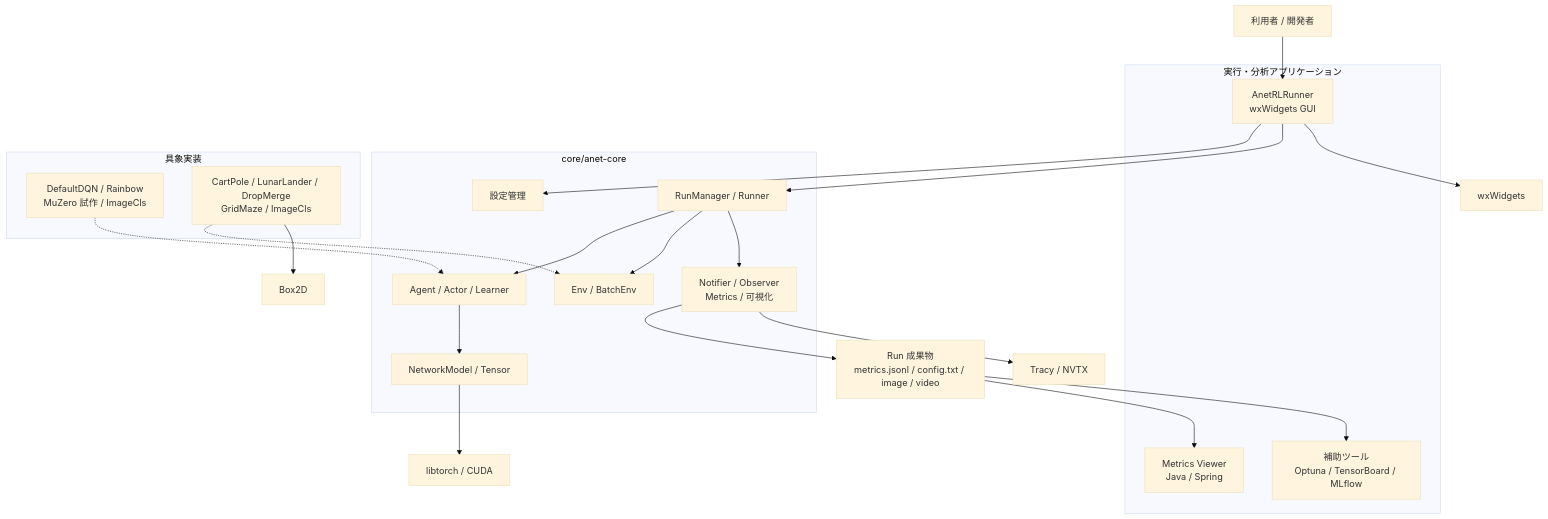
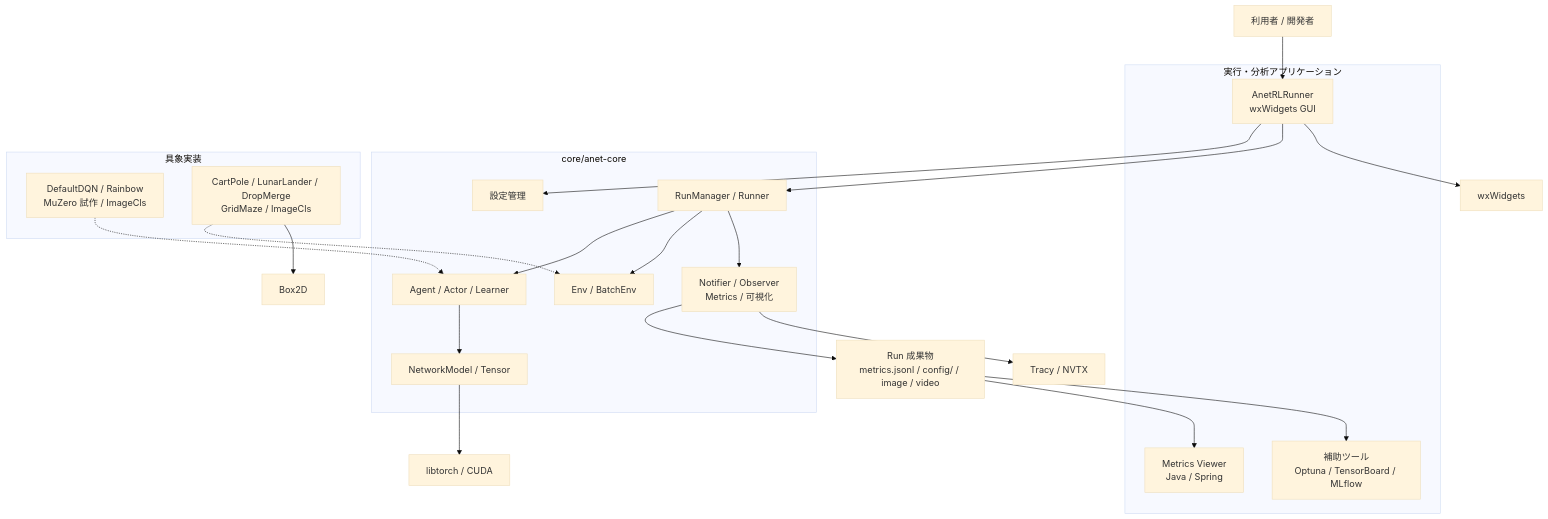
The first of 3 diagrams in docs/design/010_framework_overview.jp.md (kazukin123/anet-lab), drawn with Mermaid (base theme) before and after one commit. The commit also changed other lines of this file and 60 other files, not shown here.

````diff
--- a/docs/design/010_framework_overview.jp.md
+++ b/docs/design/010_framework_overview.jp.md
@@ -93,44 +93,44 @@
 ```mermaid
 flowchart TB
     user["利用者 / 開発者"]
 
     subgraph applications["実行・分析アプリケーション"]
         runner["AnetRLRunner<br/>wxWidgets GUI"]
         viewer["Metrics Viewer<br/>Java / Spring"]
         tools["補助ツール<br/>Optuna / TensorBoard / MLflow"]
     end
 
     subgraph core["core/anet-core"]
         config["設定管理"]
         runtime["RunManager / Runner"]
         agent["Agent / Actor / Learner"]
         env_api["Env / BatchEnv"]
         network["NetworkModel / Tensor"]
         observe["Notifier / Observer<br/>Metrics / 可視化"]
     end
 
     subgraph implementations["具象実装"]
         agent_impl["DefaultDQN / Rainbow<br/>MuZero 試作 / ImageCls"]
         env_impl["CartPole / LunarLander / DropMerge<br/>GridMaze / ImageCls"]
     end
 
-    artifacts["Run 成果物<br/>metrics.jsonl / config.txt / image / video"]
+    artifacts["Run 成果物<br/>metrics.jsonl / config/ / image / video"]
 
     user --> runner
     runner --> config
     runner --> runtime
     runtime --> agent
     runtime --> env_api
     agent --> network
     agent_impl -.-> agent
     env_impl -.-> env_api
     runtime --> observe
     observe --> artifacts
     artifacts --> viewer
     artifacts --> tools
 
     runner --> wx["wxWidgets"]
     network --> torch["libtorch / CUDA"]
     env_impl --> box2d["Box2D"]
     observe --> profile["Tracy / NVTX"]
 ```
````
